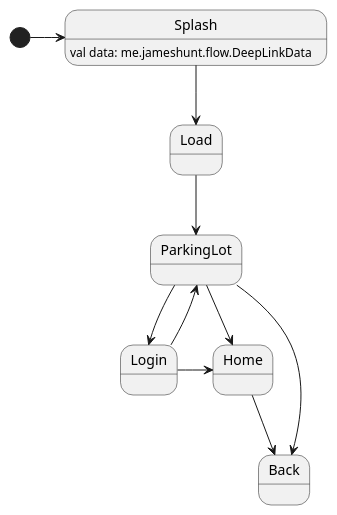
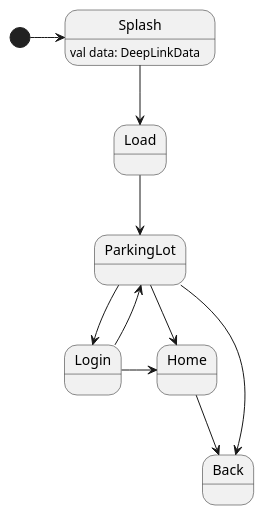
One commit to huntj88/FlowSampleApp changed the diagram in app/src/main/java/me/jameshunt/inmotiontestapplication/splash/Splash.puml. Above: the diagram before and after it, drawn with PlantUML. The commit also changed other lines of this file and 10 other files, not shown here.

```diff
--- a/app/src/main/java/me/jameshunt/inmotiontestapplication/splash/Splash.puml
+++ b/app/src/main/java/me/jameshunt/inmotiontestapplication/splash/Splash.puml
@@ -1,17 +3,17 @@
 @startuml
 
-Splash : val data: me.jameshunt.flow.DeepLinkData
+Splash : val data: DeepLinkData
 
 [*] -> Splash
 Splash --> Load
 Load --> ParkingLot
 ParkingLot -> Login
 ParkingLot --> Home
 ParkingLot --> Back
 
 Login --> ParkingLot
 Login -> Home
 
 Home --> Back
 
 @enduml
```
